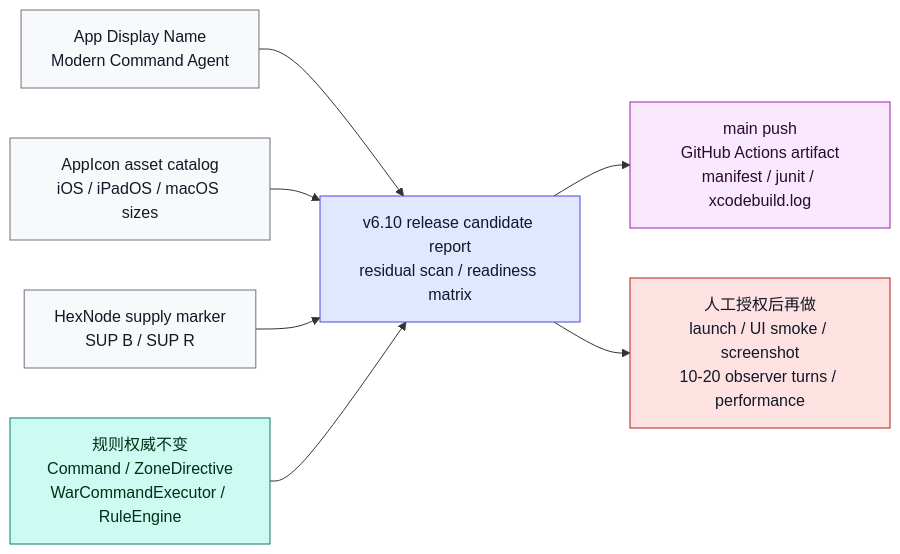
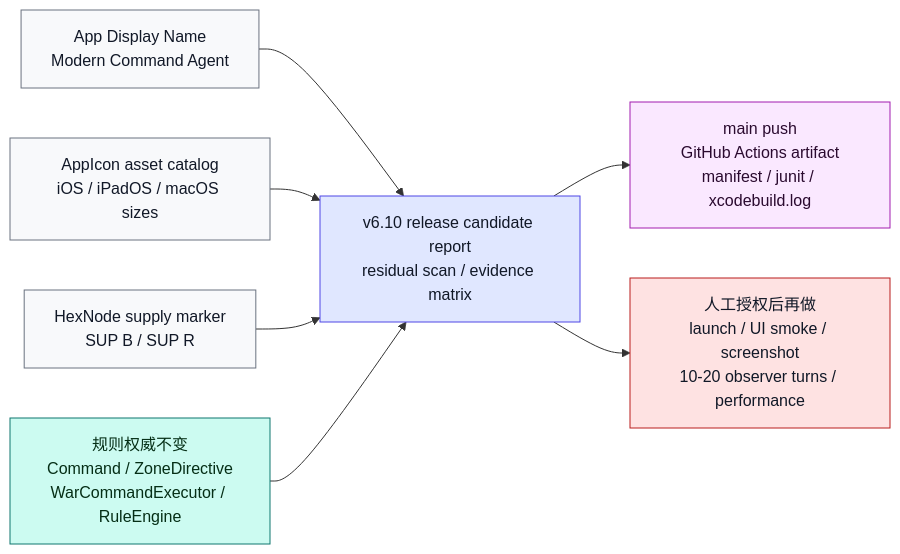
Diagram 12 of 20 in md/flow/flowchart.md (Altman-sam114/127), drawn with Mermaid before and after one commit. The commit also changed other lines of this file and 5 other files, not shown here.

Commit message:
docs: add v6.10 evidence matrix

````diff
--- a/md/flow/flowchart.md
+++ b/md/flow/flowchart.md
@@ -353,23 +353,23 @@
 ```mermaid
 flowchart LR
     DISPLAY["App Display Name<br/>Modern Command Agent"]:::display
     ICON["AppIcon asset catalog<br/>iOS / iPadOS / macOS sizes"]:::display
     MAP["HexNode supply marker<br/>SUP B / SUP R"]:::display
-    REPORT["v6.10 release candidate report<br/>residual scan / readiness matrix"]:::doc
+    REPORT["v6.10 release candidate report<br/>residual scan / evidence matrix"]:::doc
     RULES["规则权威不变<br/>Command / ZoneDirective<br/>WarCommandExecutor / RuleEngine"]:::rules
     CLOUD["main push<br/>GitHub Actions artifact<br/>manifest / junit / xcodebuild.log"]:::cloud
     RUNTIME["人工授权后再做<br/>launch / UI smoke / screenshot<br/>10-20 observer turns / performance"]:::risk
 
     DISPLAY --> REPORT
     ICON --> REPORT
     MAP --> REPORT
     RULES --> REPORT
     REPORT --> CLOUD
     REPORT --> RUNTIME
 
     classDef display fill:#f8f9fb,stroke:#6b7280,color:#111827
     classDef doc fill:#e0e7ff,stroke:#4f46e5,color:#111827
     classDef rules fill:#ccfbf1,stroke:#0f766e,color:#052e16
     classDef cloud fill:#fae8ff,stroke:#a21caf,color:#2a0a2f
     classDef risk fill:#fee2e2,stroke:#b91c1c,color:#111827
 ```
````
